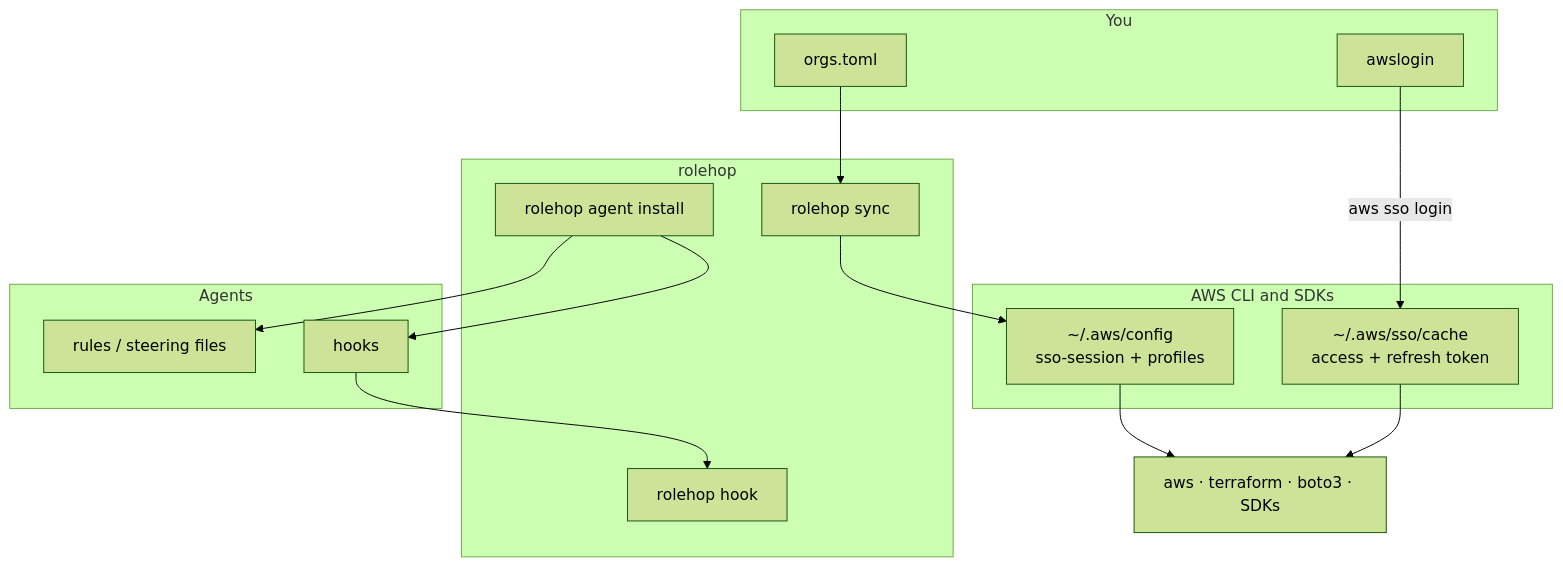
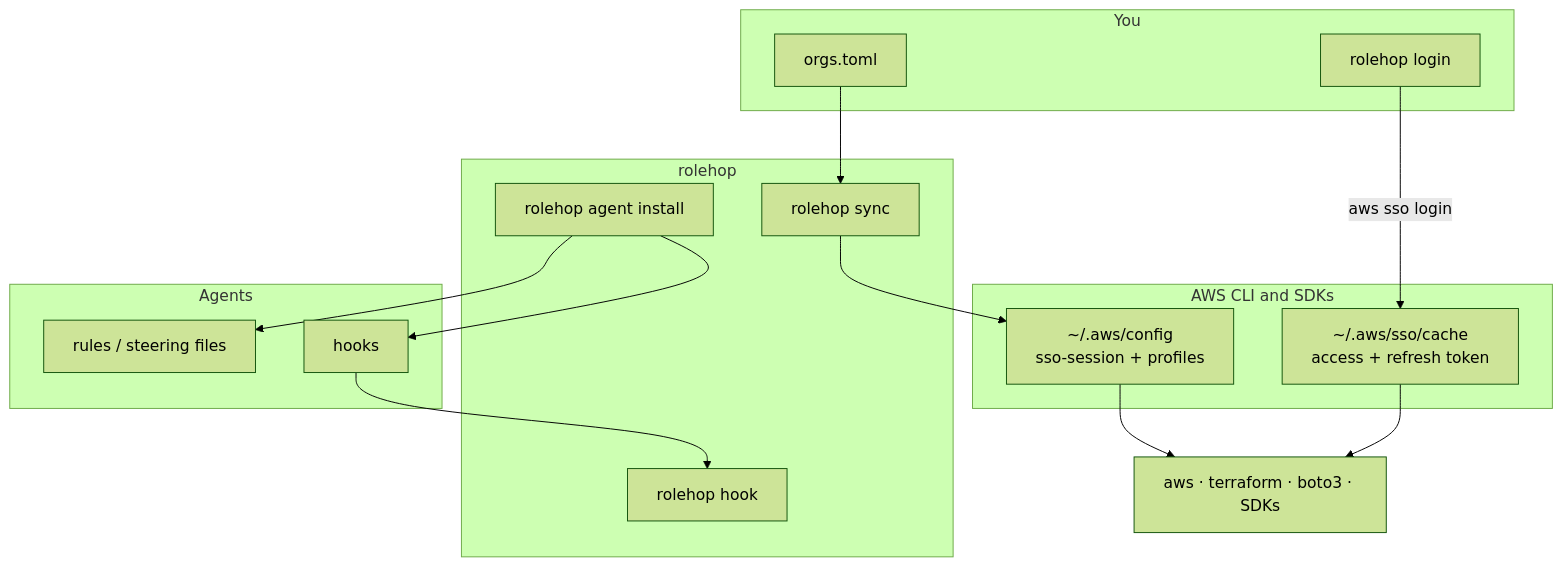
Before and after one commit to escobarjsa/rolehop: the diagram in docs/reference/how-it-works.md, drawn with Mermaid (forest theme). The commit also changed other lines of this file and 27 other files, not shown here.

First line of the commit message:
feat: make rolehop login the primary sign-in command (1.7.0)

````diff
--- a/docs/reference/how-it-works.md
+++ b/docs/reference/how-it-works.md
@@ -7,26 +7,26 @@
 ```mermaid
 flowchart TB
     subgraph You
         T[orgs.toml]
-        L[awslogin]
+        L[rolehop login]
     end
     subgraph rolehop
         S[rolehop sync]
         A[rolehop agent install]
         H[rolehop hook]
     end
     subgraph AWS CLI and SDKs
         C[~/.aws/config<br/>sso-session + profiles]
         K[~/.aws/sso/cache<br/>access + refresh token]
     end
     subgraph Agents
         R[rules / steering files]
         G[hooks]
     end
     T --> S --> C
     L -->|aws sso login| K
     C --> X[aws · terraform · boto3 · SDKs]
     K --> X
     A --> R
     A --> G --> H
 ```
````
